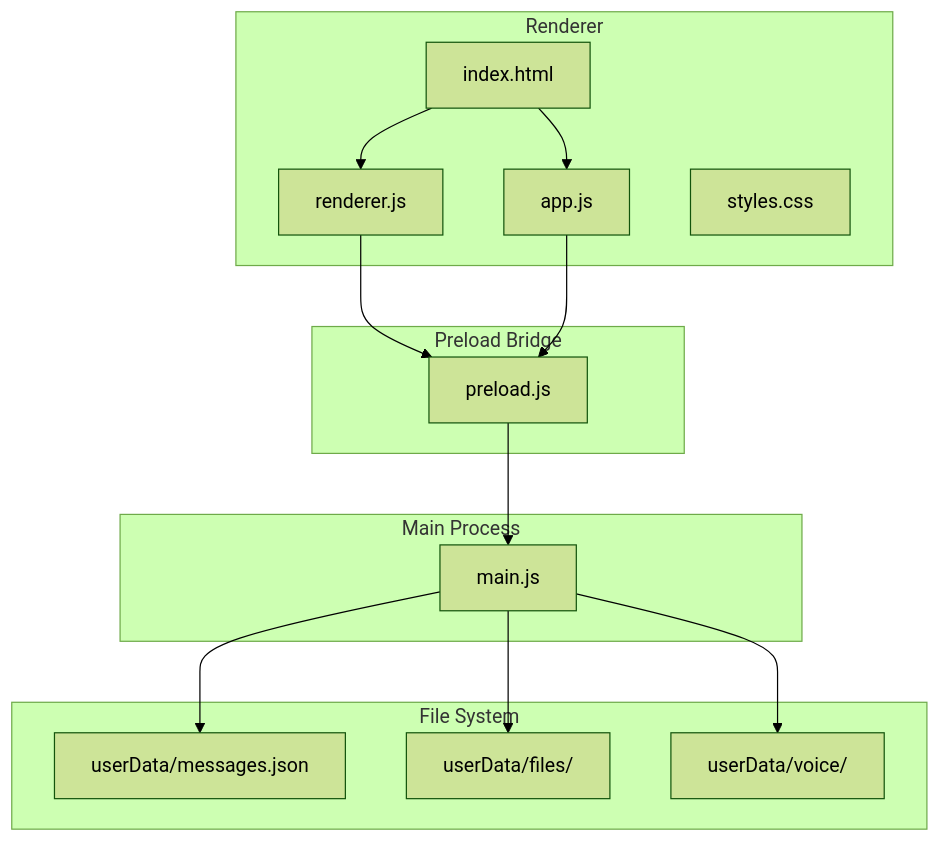
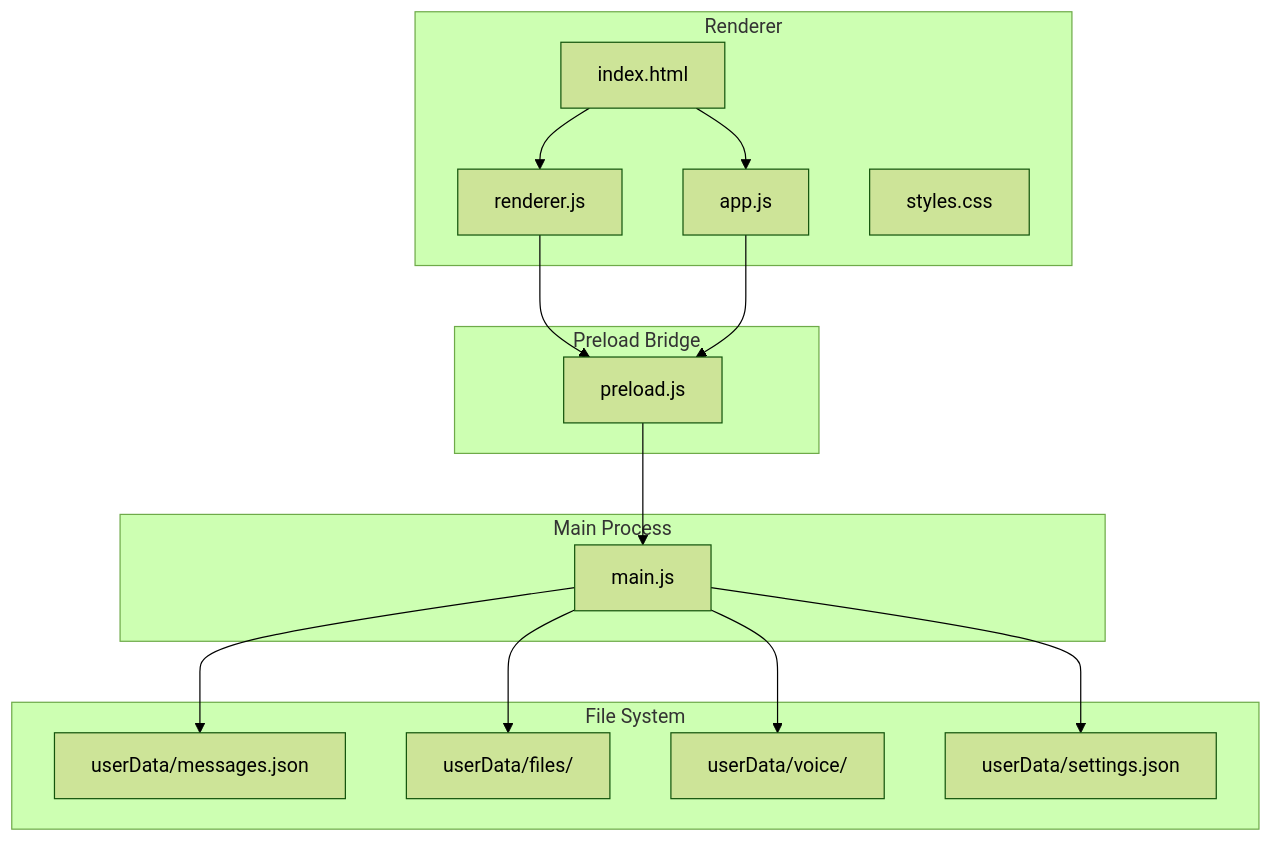
One commit to Annguyen0410/Personal-Messenger-Like-Storage- changed the first of 18 diagrams in .qoder/repowiki/en/content/Core Features.md. Above: the diagram before and after it, drawn with Mermaid (forest theme). The commit also changed other lines of this file and 19 other files, not shown here.

````diff
--- a/.qoder/repowiki/en/content/Core Features.md
+++ b/.qoder/repowiki/en/content/Core Features.md
@@ -33,28 +49,30 @@
 ```mermaid
 graph TB
 subgraph "Main Process"
 M["main.js"]
 end
 subgraph "Preload Bridge"
 P["preload.js"]
 end
 subgraph "Renderer"
 R["renderer.js"]
 A["app.js"]
 H["index.html"]
 S["styles.css"]
 end
 subgraph "File System"
 D["userData/messages.json"]
 F["userData/files/"]
 V["userData/voice/"]
+C["userData/settings.json"]
 end
 H --> R
 H --> A
 R --> P
 A --> P
 P --> M
 M --> D
 M --> F
 M --> V
+M --> C
 ```
````
